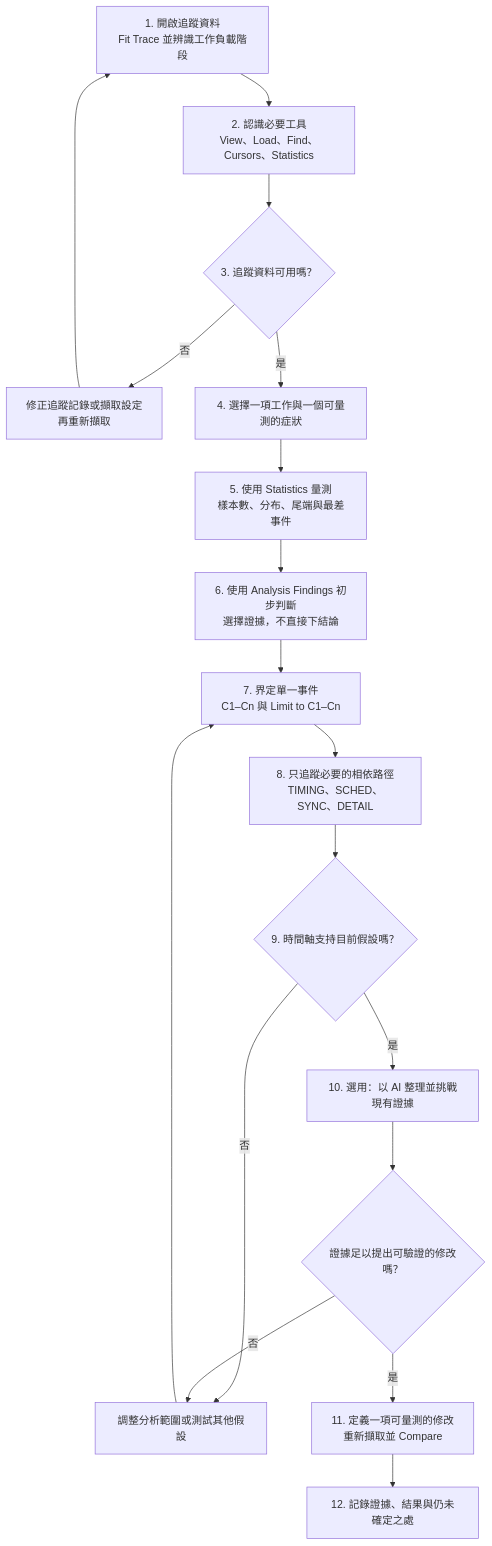
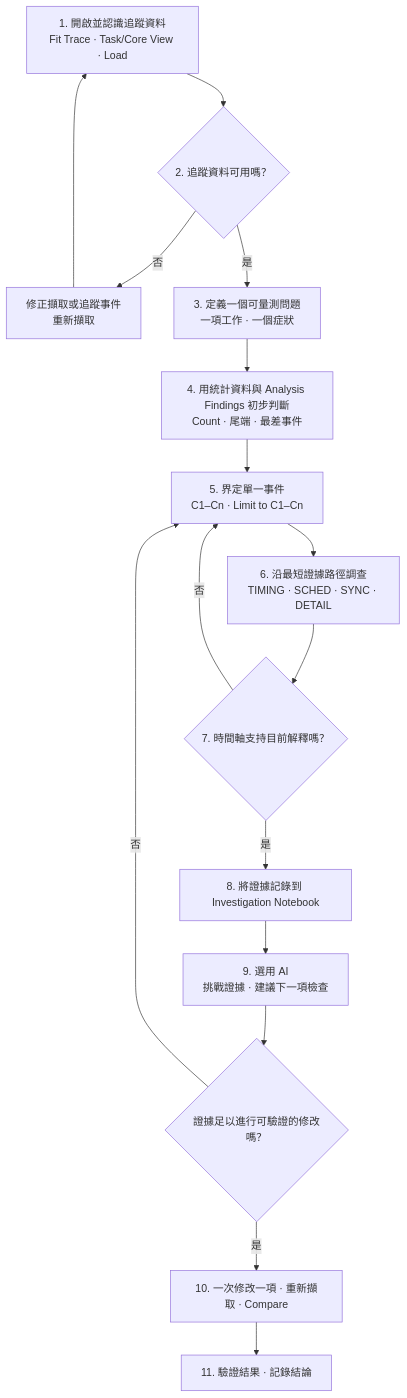
Before and after one commit to kuopinghsu/FreeRTOS-BTF-Trace: the first of 6 diagrams in BTFViewer/WORKFLOWS_zh-TW.md, drawn with Mermaid. The commit also changed other lines of this file and 21 other files, not shown here.

````diff
--- a/BTFViewer/WORKFLOWS_zh-TW.md
+++ b/BTFViewer/WORKFLOWS_zh-TW.md
@@ -5,20 +5,18 @@
 ```mermaid
 flowchart TD
-  open["1. 開啟追蹤資料<br/>Fit Trace 並辨識工作負載階段"] --> tools["2. 認識必要工具<br/>View、Load、Find、Cursors、Statistics"]
-  tools --> quality{"3. 追蹤資料可用嗎？"}
-  quality -->|否| recapture["修正追蹤記錄或擷取設定<br/>再重新擷取"]
+  open["1. 開啟並認識追蹤資料<br/>Fit Trace · Task/Core View · Load"] --> quality{"2. 追蹤資料可用嗎？"}
+  quality -->|否| recapture["修正擷取或追蹤事件<br/>重新擷取"]
   recapture --> open
-  quality -->|是| task["4. 選擇一項工作與一個可量測的症狀"]
-  task --> stats["5. 使用 Statistics 量測<br/>樣本數、分布、尾端與最差事件"]
-  stats --> triage["6. 使用 Analysis Findings 初步判斷<br/>選擇證據，不直接下結論"]
-  triage --> scope["7. 界定單一事件<br/>C1–Cn 與 Limit to C1–Cn"]
-  scope --> dependency["8. 只追蹤必要的相依路徑<br/>TIMING、SCHED、SYNC、DETAIL"]
-  dependency --> timeline{"9. 時間軸支持目前假設嗎？"}
-  timeline -->|否| refine["調整分析範圍或測試其他假設"]
-  refine --> scope
-  timeline -->|是| ai["10. 選用：以 AI 整理並挑戰現有證據"]
-  ai --> sufficient{"證據足以提出可驗證的修改嗎？"}
-  sufficient -->|否| refine
-  sufficient -->|是| change["11. 定義一項可量測的修改<br/>重新擷取並 Compare"]
-  change --> record["12. 記錄證據、結果與仍未確定之處"]
+  quality -->|是| question["3. 定義一個可量測問題<br/>一項工作 · 一個症狀"]
+  question --> triage["4. 用統計資料與 Analysis Findings 初步判斷<br/>Count · 尾端 · 最差事件"]
+  triage --> scope["5. 界定單一事件<br/>C1–Cn · Limit to C1–Cn"]
+  scope --> investigate["6. 沿最短證據路徑調查<br/>TIMING · SCHED · SYNC · DETAIL"]
+  investigate --> verify{"7. 時間軸支持目前解釋嗎？"}
+  verify -->|否| scope
+  verify -->|是| record["8. 將證據記錄到 Investigation Notebook"]
+  record --> ai["9. 選用 AI<br/>挑戰證據 · 建議下一項檢查"]
+  ai --> decision{"證據足以進行可驗證的修改嗎？"}
+  decision -->|否| scope
+  decision -->|是| compare["10. 一次修改一項 · 重新擷取 · Compare"]
+  compare --> conclude["11. 驗證結果 · 記錄結論"]
 ```
````
